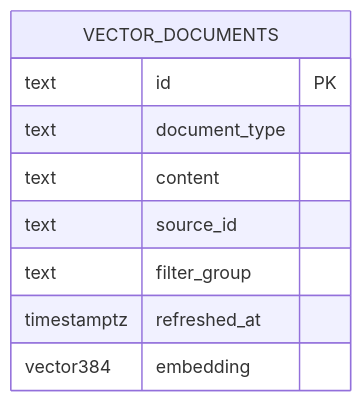
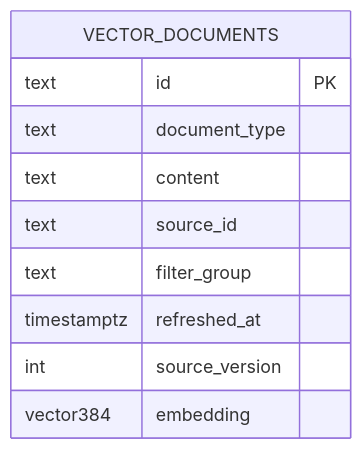
One commit to Khemio/expenses-project changed the second of 2 diagrams in docs/SCHEMA.md. Above: the diagram before and after it, drawn with Mermaid. The commit also changed other lines of this file, not shown here.

Commit message:
docs: document vector source-version metadata

````diff
--- a/docs/SCHEMA.md
+++ b/docs/SCHEMA.md
@@ -75,12 +75,13 @@
 ```mermaid
 erDiagram
     VECTOR_DOCUMENTS {
         text id PK
         text document_type
         text content
         text source_id
         text filter_group
         timestamptz refreshed_at
+        int source_version
         vector384 embedding
     }
 ```
````
